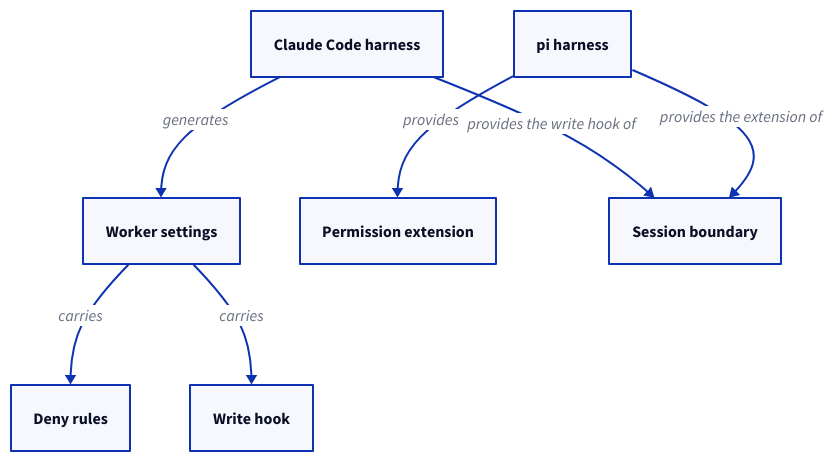
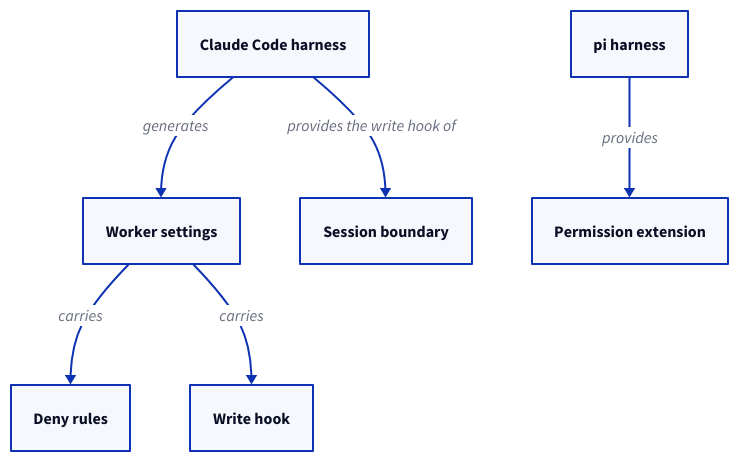
The second of 2 diagrams in specs/concorde/harness/module.md (FTOD/concorde), drawn with D2 before and after one commit. The commit also changed other lines of this file and 92 other files, not shown here.

````diff
--- a/specs/concorde/harness/module.md
+++ b/specs/concorde/harness/module.md
@@ -267,15 +259,14 @@
 ```d2
 claude: Claude Code harness
 pi: pi harness
 settings: Worker settings
 deny: Deny rules
 hook: Write hook
 ext: Permission extension
 session: Session boundary
 claude -> settings: generates
 settings -> deny: carries
 settings -> hook: carries
 pi -> ext: provides
 claude -> session: provides the write hook of
-pi -> session: provides the extension of
 ```
````
